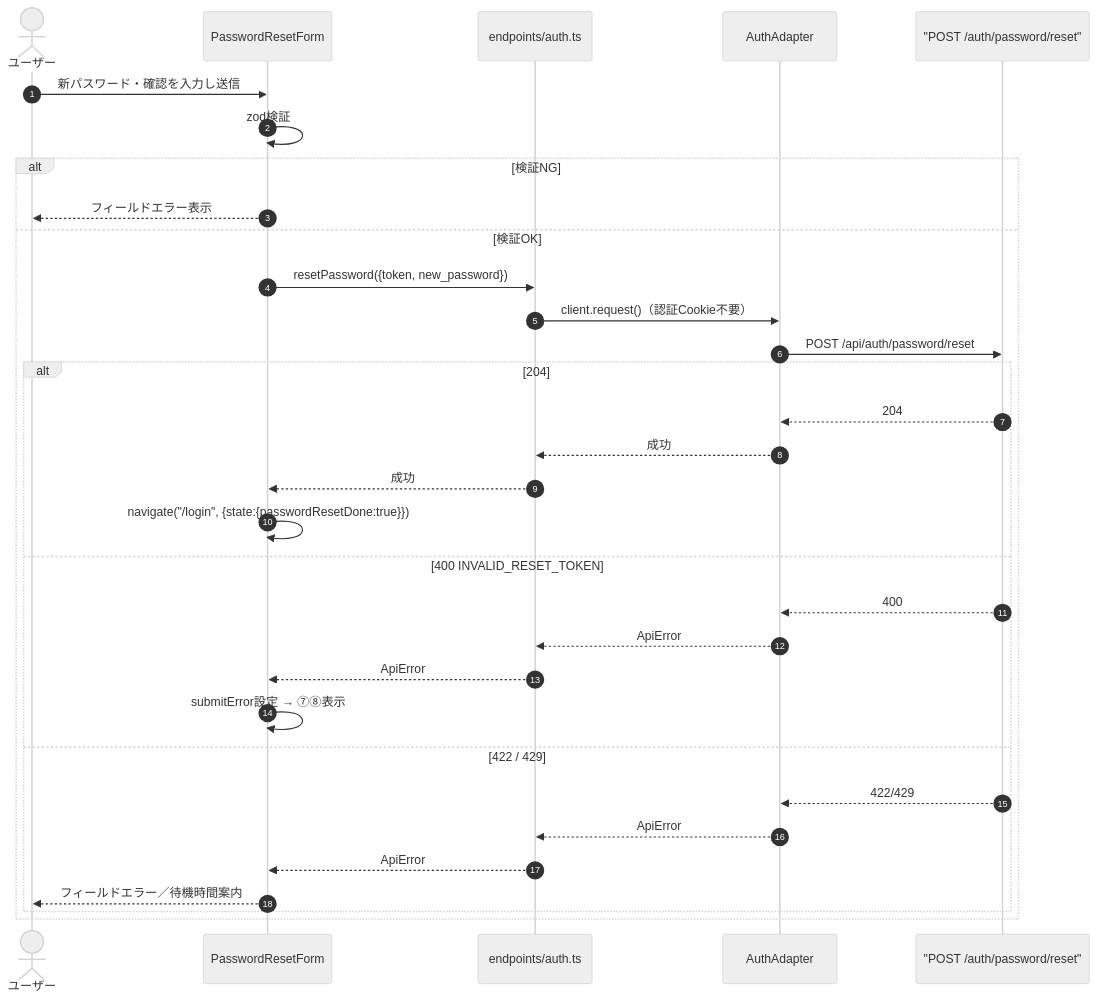
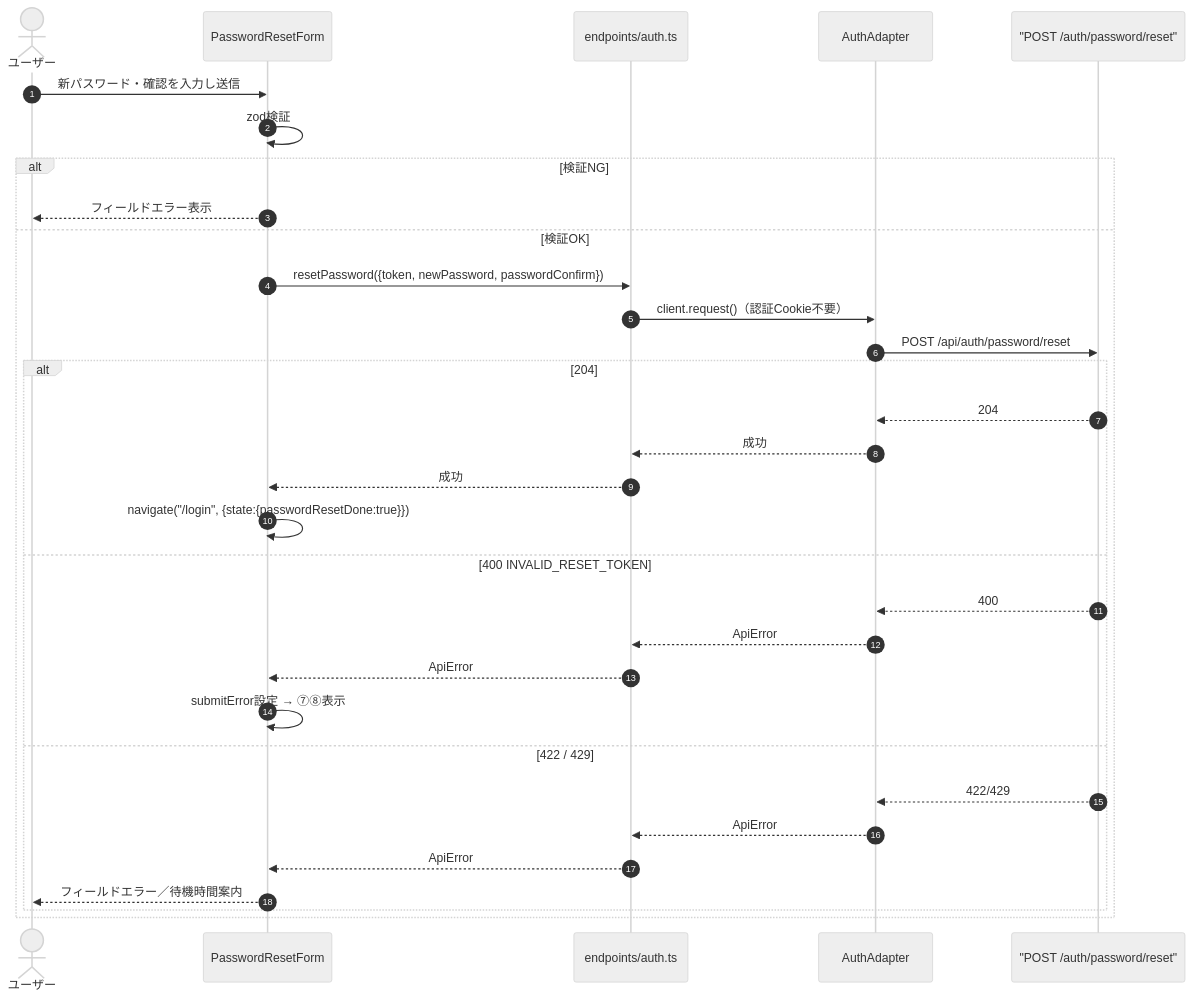
Before and after one commit to oikawa-d/task_management: the third of 5 diagrams in docs/detailed_design/screen/04_password_reset.md, drawn with Mermaid (neutral theme). The commit also changed other lines of this file and 80 other files, not shown here.

````diff
--- a/docs/detailed_design/screen/04_password_reset.md
+++ b/docs/detailed_design/screen/04_password_reset.md
@@ -126,35 +127,35 @@
 ```mermaid
 sequenceDiagram
     autonumber
     actor U as ユーザー
     participant FRM as PasswordResetForm
     participant EP as endpoints/auth.ts
     participant AD as AuthAdapter
     participant API as "POST /auth/password/reset"
 
     U->>FRM: 新パスワード・確認を入力し送信
     FRM->>FRM: zod検証
     alt 検証NG
         FRM-->>U: フィールドエラー表示
     else 検証OK
-        FRM->>EP: resetPassword({token, new_password})
+        FRM->>EP: resetPassword({token, newPassword, passwordConfirm})
         EP->>AD: client.request()（認証Cookie不要）
         AD->>API: POST /api/auth/password/reset
         alt 204
             API-->>AD: 204
             AD-->>EP: 成功
             EP-->>FRM: 成功
             FRM->>FRM: navigate("/login", {state:{passwordResetDone:true}})
         else 400 INVALID_RESET_TOKEN
             API-->>AD: 400
             AD-->>EP: ApiError
             EP-->>FRM: ApiError
             FRM->>FRM: submitError設定 → ⑦⑧表示
         else 422 / 429
             API-->>AD: 422/429
             AD-->>EP: ApiError
             EP-->>FRM: ApiError
             FRM-->>U: フィールドエラー／待機時間案内
         end
     end
 ```
````
